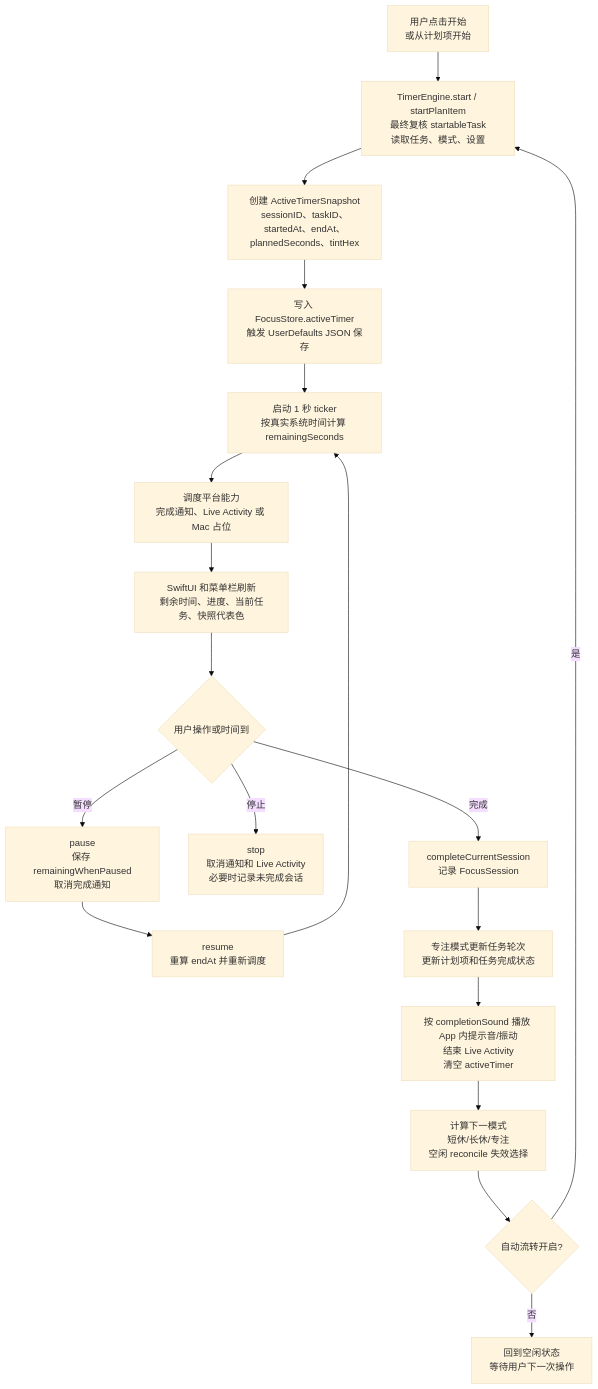
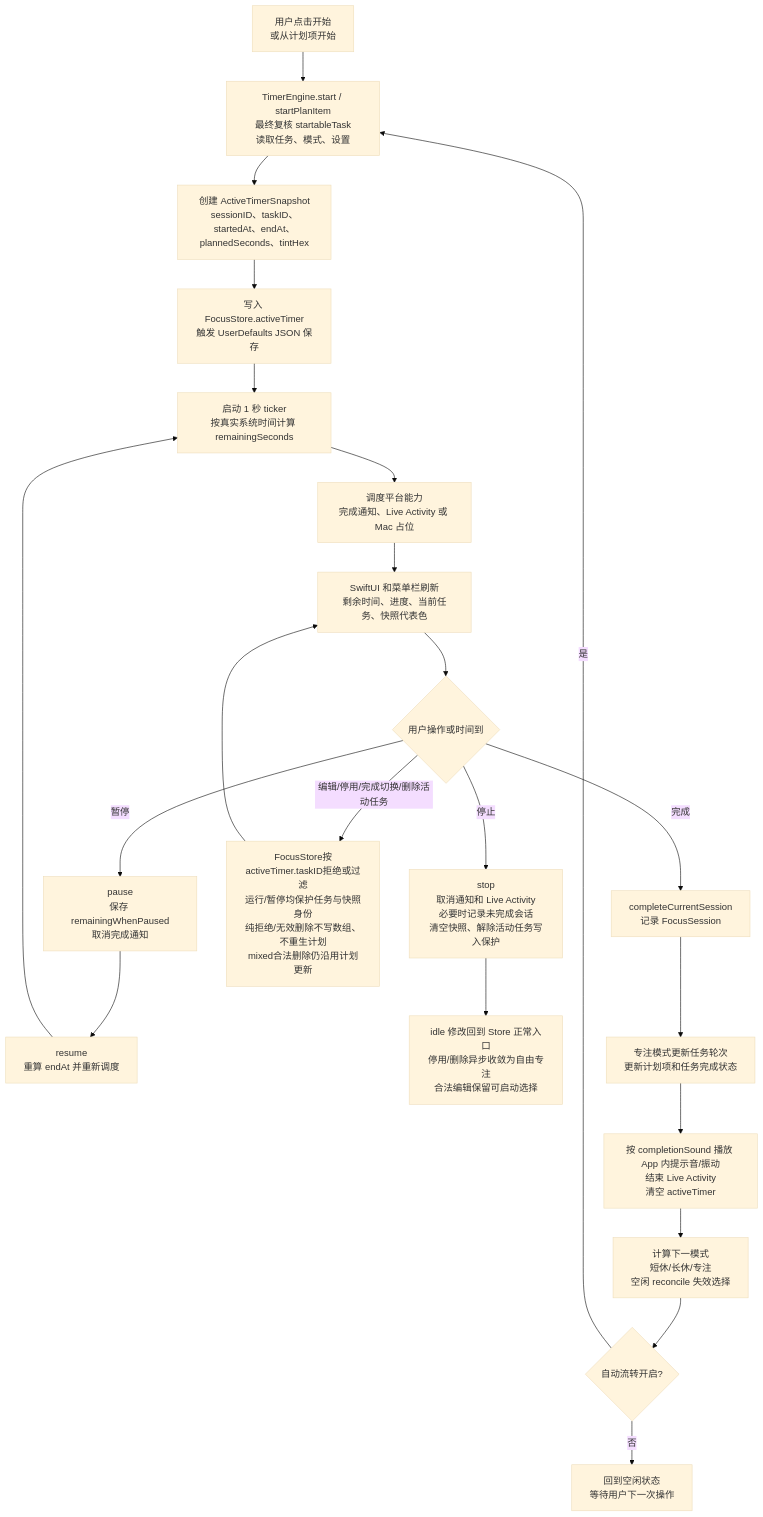
The second of 6 diagrams in md/flow/flowchart.md (Altman-sam114/114), drawn with Mermaid (base theme) before and after one commit. The commit also changed other lines of this file and 16 other files, not shown here.

````diff
--- a/md/flow/flowchart.md
+++ b/md/flow/flowchart.md
@@ -38,21 +38,24 @@
 ```mermaid
 flowchart TD
   A["用户点击开始<br/>或从计划项开始"] --> B["TimerEngine.start / startPlanItem<br/>最终复核 startableTask<br/>读取任务、模式、设置"]
   B --> C["创建 ActiveTimerSnapshot<br/>sessionID、taskID、startedAt、endAt、plannedSeconds、tintHex"]
   C --> D["写入 FocusStore.activeTimer<br/>触发 UserDefaults JSON 保存"]
   D --> E["启动 1 秒 ticker<br/>按真实系统时间计算 remainingSeconds"]
   E --> F["调度平台能力<br/>完成通知、Live Activity 或 Mac 占位"]
   F --> G["SwiftUI 和菜单栏刷新<br/>剩余时间、进度、当前任务、快照代表色"]
   G --> H{"用户操作或时间到"}
   H -->|暂停| I["pause<br/>保存 remainingWhenPaused<br/>取消完成通知"]
   I --> J["resume<br/>重算 endAt 并重新调度"]
   J --> E
-  H -->|停止| K["stop<br/>取消通知和 Live Activity<br/>必要时记录未完成会话"]
+  H -->|停止| K["stop<br/>取消通知和 Live Activity<br/>必要时记录未完成会话<br/>清空快照、解除活动任务写入保护"]
+  K --> IDLE["idle 修改回到 Store 正常入口<br/>停用/删除异步收敛为自由专注<br/>合法编辑保留可启动选择"]
+  H -->|编辑/停用/完成切换/删除活动任务| LOCK["FocusStore按activeTimer.taskID拒绝或过滤<br/>运行/暂停均保护任务与快照身份<br/>纯拒绝/无效删除不写数组、不重生计划<br/>mixed合法删除仍沿用计划更新"]
+  LOCK --> G
   H -->|完成| L["completeCurrentSession<br/>记录 FocusSession"]
   L --> M["专注模式更新任务轮次<br/>更新计划项和任务完成状态"]
   M --> N["按 completionSound 播放 App 内提示音/振动<br/>结束 Live Activity<br/>清空 activeTimer"]
   N --> O["计算下一模式<br/>短休/长休/专注<br/>空闲 reconcile 失效选择"]
   O --> P{"自动流转开启?"}
   P -->|是| B
   P -->|否| Q["回到空闲状态<br/>等待用户下一次操作"]
 ```
````
